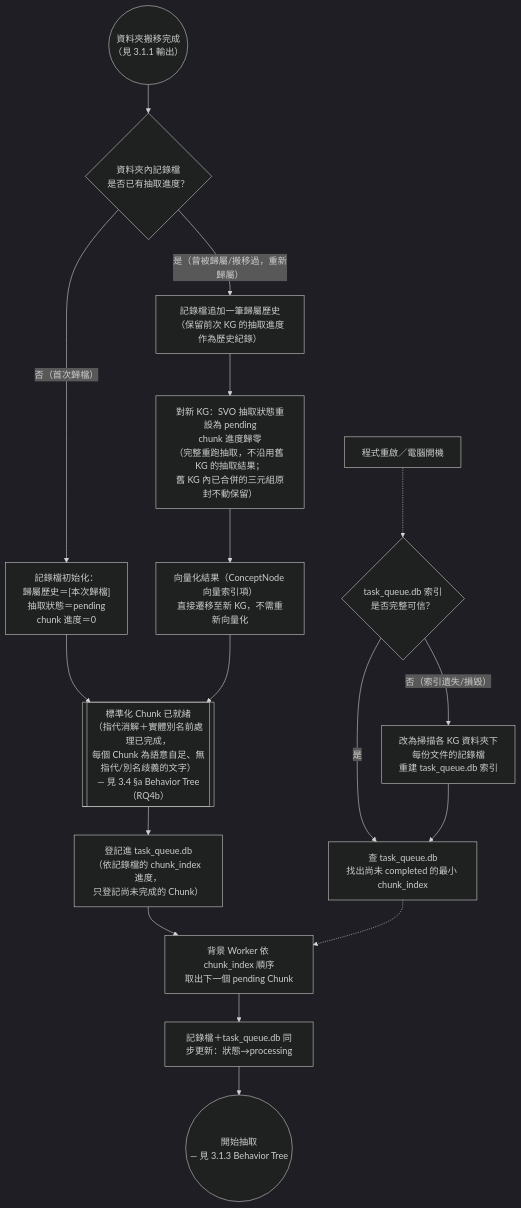
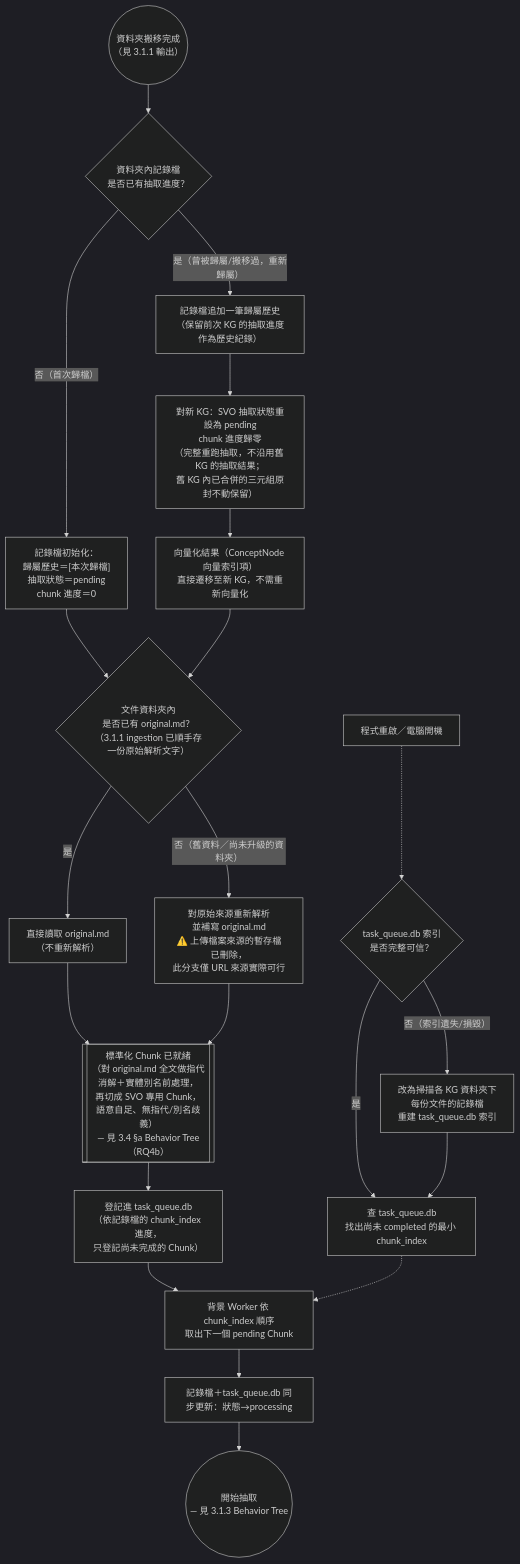
Before and after one commit to Chester930/world-knowledge-graph-rag: the fourth of 12 diagrams in docs/論文/03_系統設計與方法論.md, drawn with Mermaid (dark theme). The commit also changed other lines of this file, not shown here.

Commit message:
docs(論文): 3.1.2 補上原文取得判斷節點，銜接 SVO 專用切塊（不沿用 3.1.1 RAG 切塊）
背景：3.1.2 原本的 CHUNKREADY 節點直接宣告「標準化 Chunk 已就緒」，沒有
畫出這個狀態怎麼來的；使用者決定 SVO 抽取要對原文重新設計獨立的切塊/
標準化流程，不沿用 3.1.1 的 RAG 切塊後，這個缺口變得更明顯。上次已在
3.1.1 補上 original.md 落地存檔（見 write_original_text()），本次把
「取得原文」這個判斷正式畫進 3.1.2 的 Behavior Tree。

變更：
- 3.1.2 圖新增 GETORIG 判斷節點：資料夾內是否已有 original.md，有就直接
  讀取，沒有才重新解析——並誠實標註 REPARSE 分支的侷限（查證
  routers/documents.py::upload_document() 發現上傳來源的暫存檔在解析後
  即被刪除，「重新解析」實際上只有 URL 來源可行，檔案上傳來源走到這個
  分支代表資料已不可復原，屬異常狀態）。
- 3.1.2「設計定案」callout 校正：標準化流程的輸入是 original.md，不是
  3.1.1 的 chunk-NNN-of-MMM.md；SVO 專用切塊演算法本身尚未定案。
- 3.4 §a 圖同步校正：RAW 節點改指向 original.md／3.1.2 GETORIG；COMBINE
  節點的收尾從「進入 3.1.1 一般切塊流程」改為「交給 SVO 專用切塊（尚未
  定案）」，並補一段說明與 3.1.1 RAG 切塊的關係。
- SPLIT 節點同步標註呼叫 parser.core.split_into_sentences()（今日稍早的
  重構成果），讓設計文件與實際程式碼保持對得上。

````diff
--- a/docs/論文/03_系統設計與方法論.md
+++ b/docs/論文/03_系統設計與方法論.md
@@ -164,22 +164,28 @@
 ```mermaid
 flowchart TD
     RECORD2(("資料夾搬移完成<br/>（見 3.1.1 輸出）")) --> HASRECORD{"資料夾內記錄檔<br/>是否已有抽取進度？"}
     HASRECORD -->|"否（首次歸檔）"| INITREC["記錄檔初始化：<br/>歸屬歷史＝[本次歸檔]<br/>抽取狀態＝pending<br/>chunk 進度＝0"]
     HASRECORD -->|"是（曾被歸屬/搬移過，重新歸屬）"| APPENDREC["記錄檔追加一筆歸屬歷史<br/>（保留前次 KG 的抽取進度作為歷史紀錄）"]
     APPENDREC --> RESETEXTRACT["對新 KG：SVO 抽取狀態重設為 pending<br/>chunk 進度歸零<br/>（完整重跑抽取，不沿用舊 KG 的抽取結果；<br/>舊 KG 內已合併的三元組原封不動保留）"]
     RESETEXTRACT --> MIGRATEVEC["向量化結果（ConceptNode 向量索引項）<br/>直接遷移至新 KG，不需重新向量化"]
 
-    INITREC --> CHUNKREADY
-    MIGRATEVEC --> CHUNKREADY
+    INITREC --> GETORIG
+    MIGRATEVEC --> GETORIG
 
-    CHUNKREADY[["標準化 Chunk 已就緒<br/>（指代消解＋實體別名前處理已完成，<br/>每個 Chunk 為語意自足、無指代/別名歧義的文字）<br/>— 見 3.4 §a Behavior Tree（RQ4b）"]] --> ENQUEUE["登記進 task_queue.db<br/>（依記錄檔的 chunk_index 進度，<br/>只登記尚未完成的 Chunk）"]
+    GETORIG{"文件資料夾內<br/>是否已有 original.md？<br/>（3.1.1 ingestion 已順手存一份原始解析文字）"}
+    GETORIG -->|是| READORIG["直接讀取 original.md<br/>（不重新解析）"]
+    GETORIG -->|"否（舊資料／尚未升級的資料夾）"| REPARSE["對原始來源重新解析<br/>並補寫 original.md<br/>⚠️ 上傳檔案來源的暫存檔已刪除，<br/>此分支僅 URL 來源實際可行"]
+    READORIG --> CHUNKREADY
+    REPARSE --> CHUNKREADY
+
+    CHUNKREADY[["標準化 Chunk 已就緒<br/>（對 original.md 全文做指代消解＋實體別名前處理，<br/>再切成 SVO 專用 Chunk，語意自足、無指代/別名歧義）<br/>— 見 3.4 §a Behavior Tree（RQ4b）"]] --> ENQUEUE["登記進 task_queue.db<br/>（依記錄檔的 chunk_index 進度，<br/>只登記尚未完成的 Chunk）"]
     ENQUEUE --> WORKER["背景 Worker 依 chunk_index 順序<br/>取出下一個 pending Chunk"]
     WORKER --> PROC["記錄檔＋task_queue.db 同步更新：狀態→processing"]
     PROC --> HANDOFF(("開始抽取<br/>— 見 3.1.3 Behavior Tree"))
 
     RESTART["程式重啟／電腦開機"] -.-> TRUST{"task_queue.db 索引<br/>是否完整可信？"}
     TRUST -->|是| SCAN["查 task_queue.db<br/>找出尚未 completed 的最小 chunk_index"]
     TRUST -->|"否（索引遺失/損毀）"| REBUILD["改為掃描各 KG 資料夾下<br/>每份文件的記錄檔<br/>重建 task_queue.db 索引"]
     REBUILD --> SCAN
     SCAN -.-> WORKER
 ```
````
